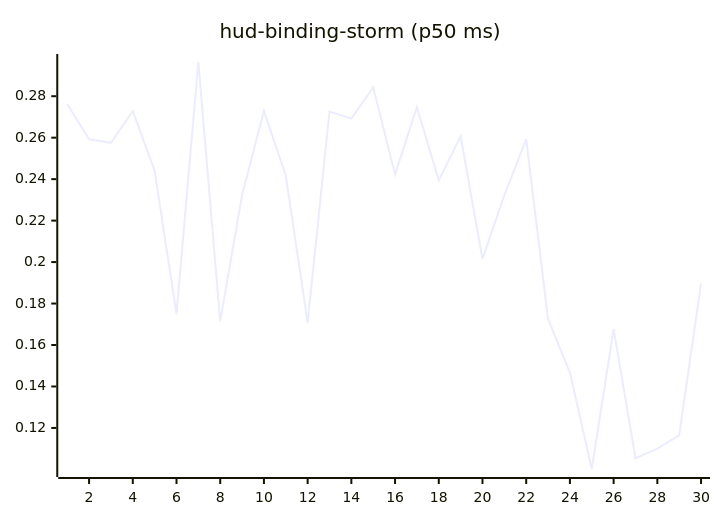
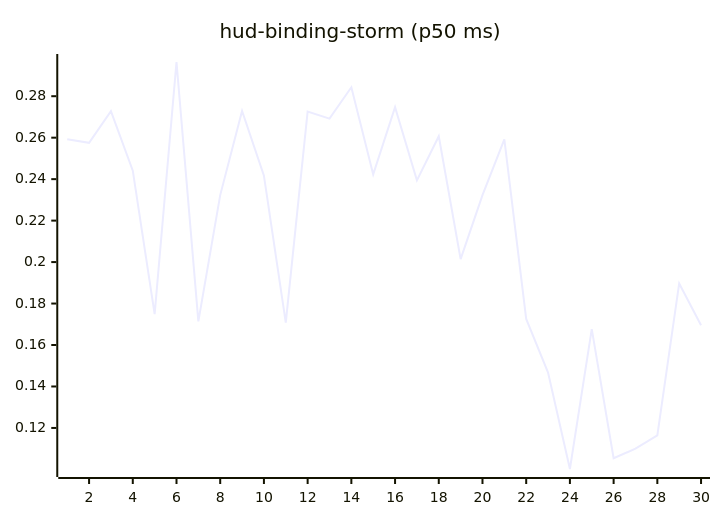
Before and after one commit to josha/Facet: the tenth of 27 diagrams in README.md, drawn with Mermaid. The commit also changed other lines of this file and 2 other files, not shown here.

````diff
--- a/README.md
+++ b/README.md
@@ -126,6 +126,6 @@
 ```mermaid
 xychart-beta
     title "hud-binding-storm (p50 ms)"
     x-axis 1 --> 30
-    line [0.2762, 0.2592, 0.2575, 0.2728, 0.2441, 0.1749, 0.2965, 0.1714, 0.2323, 0.2729, 0.2417, 0.1708, 0.2726, 0.2692, 0.2843, 0.2423, 0.2747, 0.2394, 0.2607, 0.2014, 0.2323, 0.2592, 0.1726, 0.1467, 0.1002, 0.1677, 0.1054, 0.1100, 0.1164, 0.1897]
+    line [0.2592, 0.2575, 0.2728, 0.2441, 0.1749, 0.2965, 0.1714, 0.2323, 0.2729, 0.2417, 0.1708, 0.2726, 0.2692, 0.2843, 0.2423, 0.2747, 0.2394, 0.2607, 0.2014, 0.2323, 0.2592, 0.1726, 0.1467, 0.1002, 0.1677, 0.1054, 0.1100, 0.1164, 0.1897, 0.1695]
 ```
````
